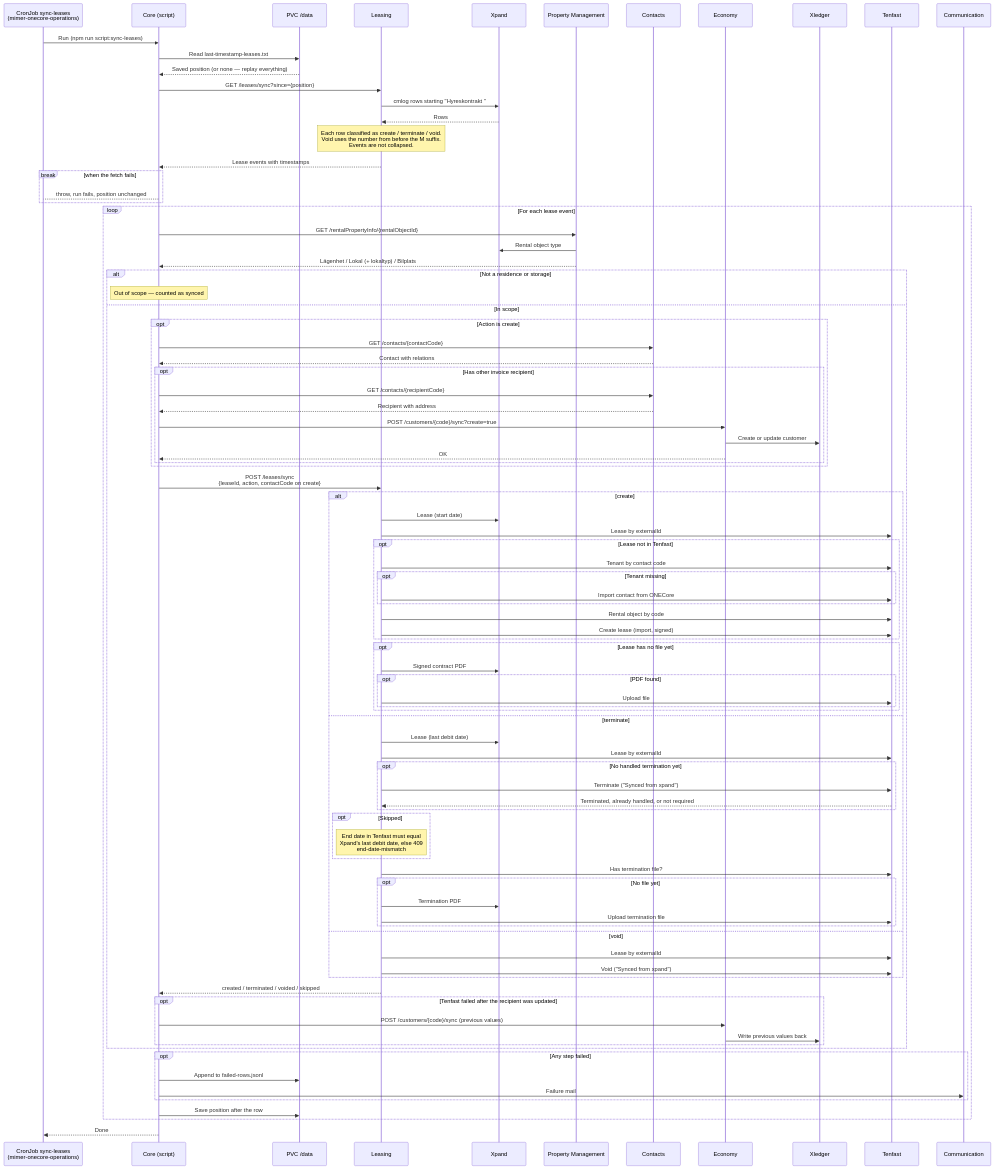
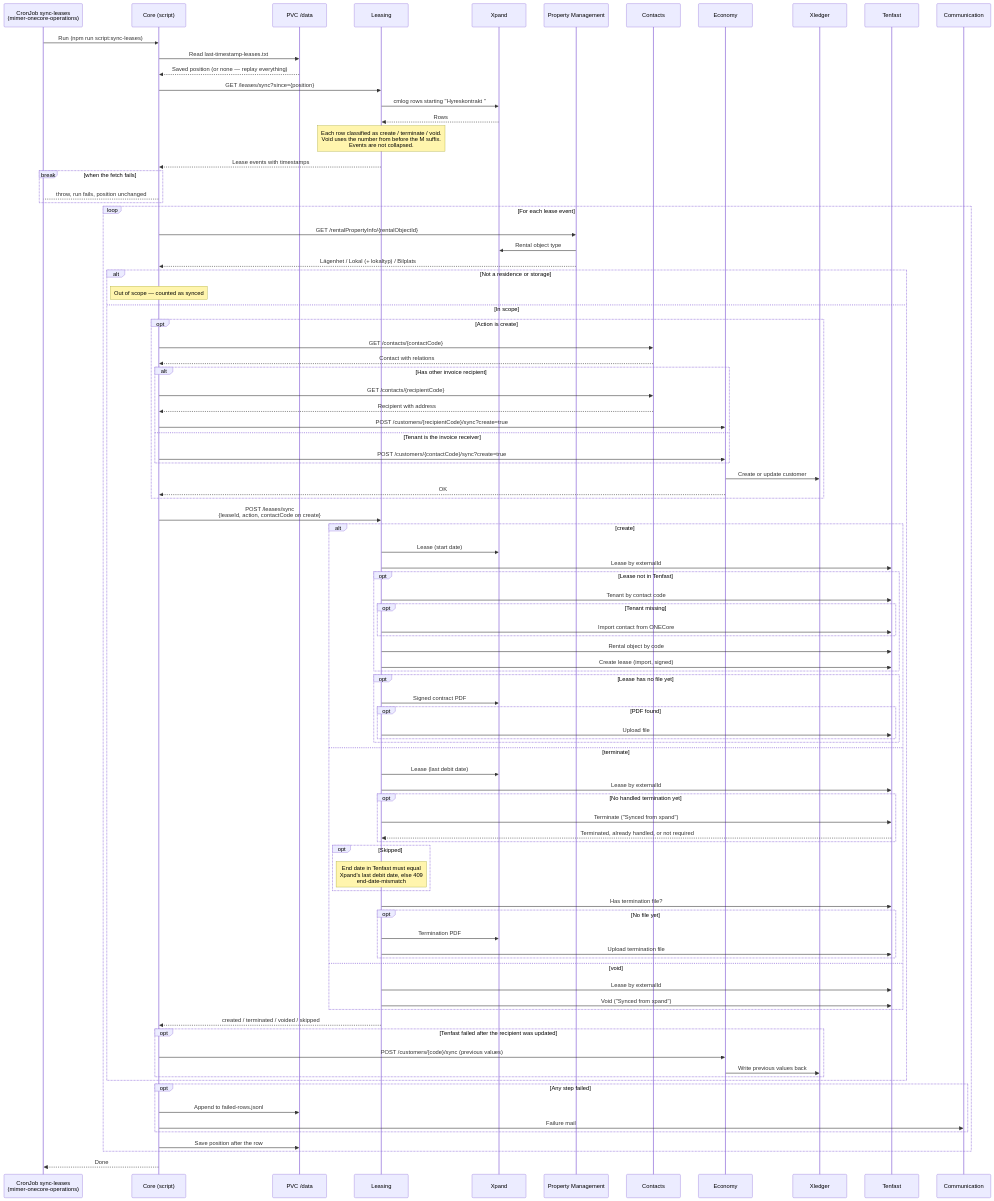
One commit to Bostads-AB-Mimer/onecore changed the second of 2 diagrams in core/src/scripts/sync-leases/DOCS_Sync_Leases.md. Above: the diagram before and after it, drawn with Mermaid. The commit also changed other lines of this file and 4 other files, not shown here.

First line of the commit message:
fix(core): create new tenants as Xledger customers on lease create (AVTAL-540) (#939)

```diff
--- a/core/src/scripts/sync-leases/DOCS_Sync_Leases.md
+++ b/core/src/scripts/sync-leases/DOCS_Sync_Leases.md
@@ -175,13 +173,15 @@
             opt Action is create
                 Core ->> Contacts: GET /contacts/{contactCode}
                 Contacts -->> Core: Contact with relations
-                opt Has other invoice recipient
+                alt Has other invoice recipient
                     Core ->> Contacts: GET /contacts/{recipientCode}
                     Contacts -->> Core: Recipient with address
-                    Core ->> Economy: POST /customers/{code}/sync?create=true
-                    Economy ->> Xledger: Create or update customer
-                    Economy -->> Core: OK
+                    Core ->> Economy: POST /customers/{recipientCode}/sync?create=true
+                else Tenant is the invoice receiver
+                    Core ->> Economy: POST /customers/{contactCode}/sync?create=true
                 end
+                Economy ->> Xledger: Create or update customer
+                Economy -->> Core: OK
             end
 
             Core ->> Leasing: POST /leases/sync<br/>{leaseId, action, contactCode on create}
```
